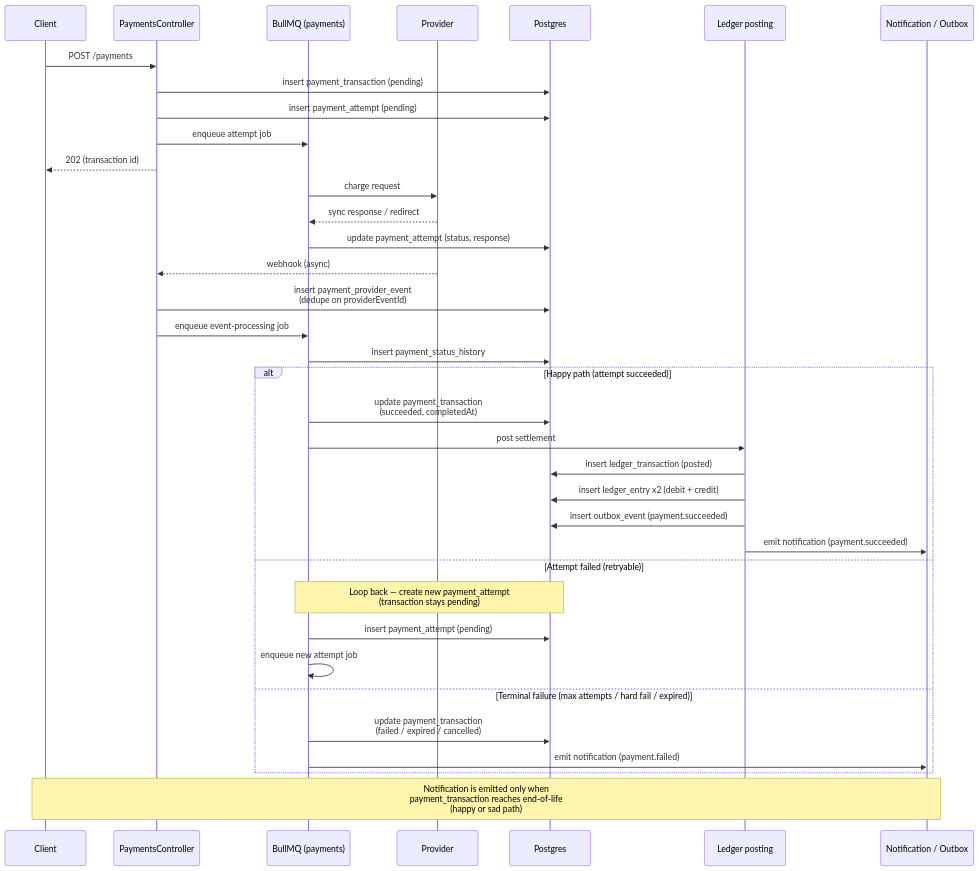
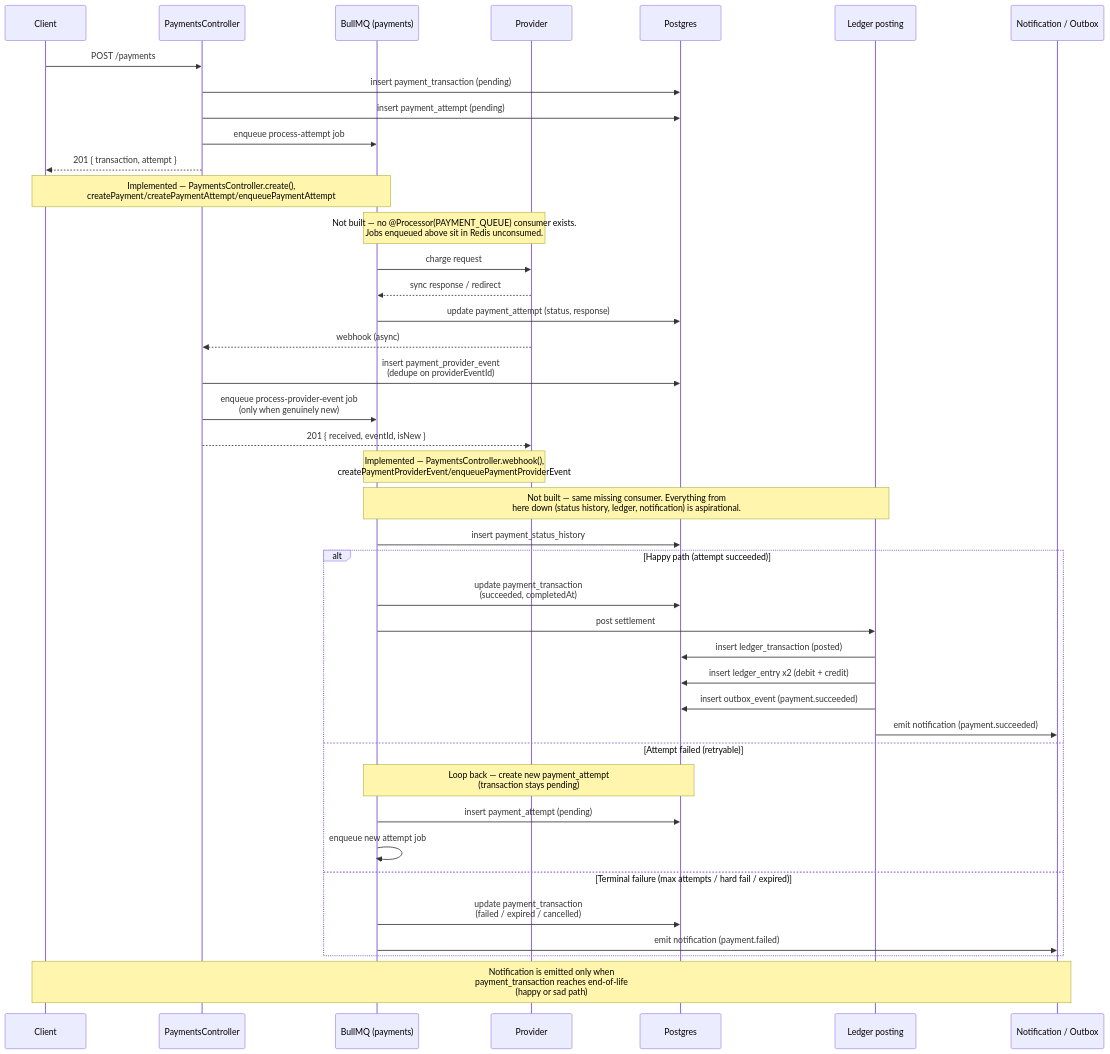
The second of 2 diagrams in apps/backend/src/payment/README.md (SovannrothEang/e-phsar-khmer), drawn with Mermaid before and after one commit. The commit also changed other lines of this file and 16 other files, not shown here.

Commit message:
feat(payment): enhance payment processing with transaction handling and webhook support

````diff
--- a/apps/backend/src/payment/README.md
+++ b/apps/backend/src/payment/README.md
@@ -88,47 +111,56 @@
 ```mermaid
 sequenceDiagram
     participant Client
     participant PaymentsController
     participant BullMQ as BullMQ (payments)
     participant Provider
     participant Postgres
     participant Ledger as Ledger posting
     participant Notifier as Notification / Outbox
 
     Client->>PaymentsController: POST /payments
     PaymentsController->>Postgres: insert payment_transaction (pending)
     PaymentsController->>Postgres: insert payment_attempt (pending)
-    PaymentsController->>BullMQ: enqueue attempt job
-    PaymentsController-->>Client: 202 (transaction id)
+    PaymentsController->>BullMQ: enqueue process-attempt job
+    PaymentsController-->>Client: 201 { transaction, attempt }
 
-    %% === Attempt processing ===
+    Note over Client,BullMQ: Implemented — PaymentsController.create(),<br/>createPayment/createPaymentAttempt/enqueuePaymentAttempt
+
+    Note over BullMQ,Provider: Not built — no @Processor(PAYMENT_QUEUE) consumer exists.<br/>Jobs enqueued above sit in Redis unconsumed.
+
+    %% === Attempt processing (NOT BUILT — no @Processor(PAYMENT_QUEUE)) ===
     BullMQ->>Provider: charge request
     Provider-->>BullMQ: sync response / redirect
     BullMQ->>Postgres: update payment_attempt (status, response)
 
     %% === Webhook path (async, possibly duplicated) ===
     Provider-->>PaymentsController: webhook (async)
     PaymentsController->>Postgres: insert payment_provider_event<br/>(dedupe on providerEventId)
-    PaymentsController->>BullMQ: enqueue event-processing job
+    PaymentsController->>BullMQ: enqueue process-provider-event job<br/>(only when genuinely new)
+    PaymentsController-->>Provider: 201 { received, eventId, isNew }
 
-    %% === Event processing job ===
+    Note over Provider,BullMQ: Implemented — PaymentsController.webhook(),<br/>createPaymentProviderEvent/enqueuePaymentProviderEvent
+
+    Note over BullMQ,Ledger: Not built — same missing consumer. Everything from<br/>here down (status history, ledger, notification) is aspirational.
+
+    %% === Event processing job (NOT BUILT — no consumer) ===
     BullMQ->>Postgres: insert payment_status_history
 
     alt Happy path (attempt succeeded)
         BullMQ->>Postgres: update payment_transaction<br/>(succeeded, completedAt)
         BullMQ->>Ledger: post settlement
         Ledger->>Postgres: insert ledger_transaction (posted)
         Ledger->>Postgres: insert ledger_entry x2 (debit + credit)
         Ledger->>Postgres: insert outbox_event (payment.succeeded)
         Ledger->>Notifier: emit notification (payment.succeeded)
     else Attempt failed (retryable)
         Note over BullMQ,Postgres: Loop back — create new payment_attempt<br/>(transaction stays pending)
         BullMQ->>Postgres: insert payment_attempt (pending)
         BullMQ->>BullMQ: enqueue new attempt job
     else Terminal failure (max attempts / hard fail / expired)
         BullMQ->>Postgres: update payment_transaction<br/>(failed / expired / cancelled)
         BullMQ->>Notifier: emit notification (payment.failed)
     end
 
     Note over Client,Notifier: Notification is emitted only when<br/>payment_transaction reaches end-of-life<br/>(happy or sad path)
 ```
````
